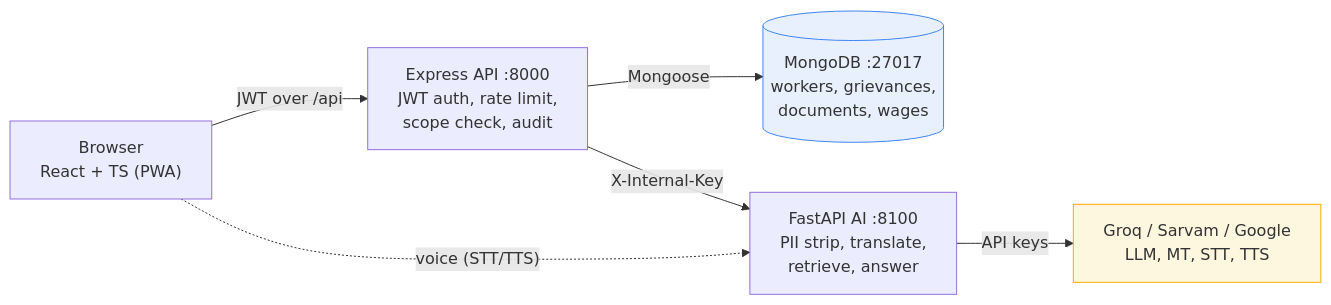
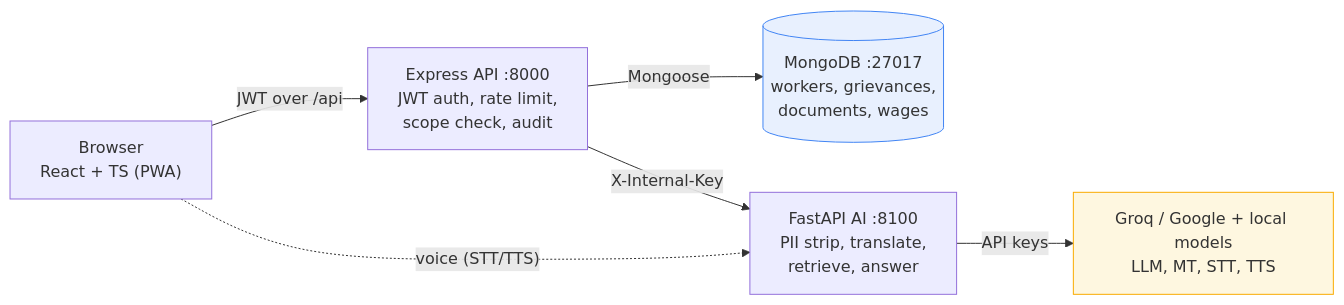
Before and after one commit to joeltkvaidyan/shramsetu: the first of 4 diagrams in docs/ARCHITECTURE.md, drawn with Mermaid. The commit also changed other lines of this file and 31 other files, not shown here.

````diff
--- a/docs/ARCHITECTURE.md
+++ b/docs/ARCHITECTURE.md
@@ -22,19 +22,19 @@
 ```mermaid
 flowchart LR
     B["Browser<br/>React + TS (PWA)"]
     E["Express API :8000<br/>JWT auth, rate limit,<br/>scope check, audit"]
     M[("MongoDB :27017<br/>workers, grievances,<br/>documents, wages")]
     A["FastAPI AI :8100<br/>PII strip, translate,<br/>retrieve, answer"]
-    X["Groq / Sarvam / Google<br/>LLM, MT, STT, TTS"]
+    X["Groq / Google + local models<br/>LLM, MT, STT, TTS"]
 
     B -- "JWT over /api" --> E
     E -- "Mongoose" --> M
     E -- "X-Internal-Key" --> A
     A -- "API keys" --> X
     B -. "voice (STT/TTS)" .-> A
 
     classDef db fill:#e8f0fe,stroke:#4285f4
     classDef ext fill:#fef7e0,stroke:#f9ab00
     class M db
     class X ext
 ```
````
